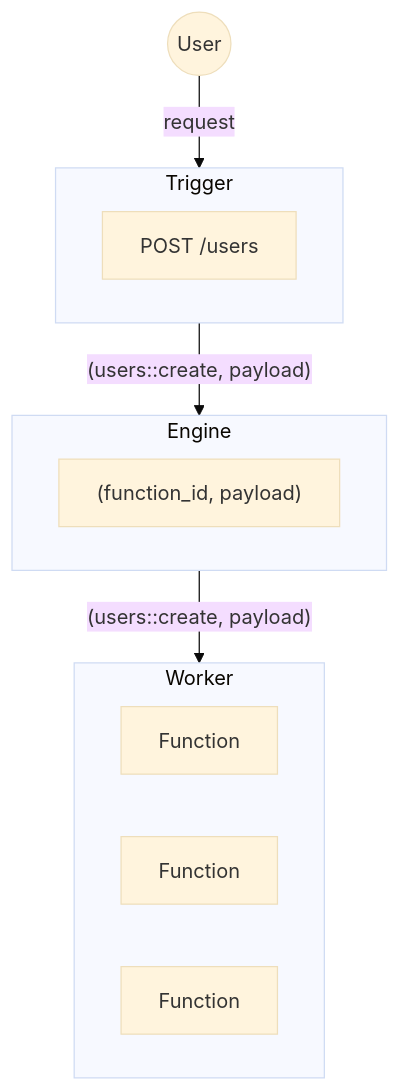
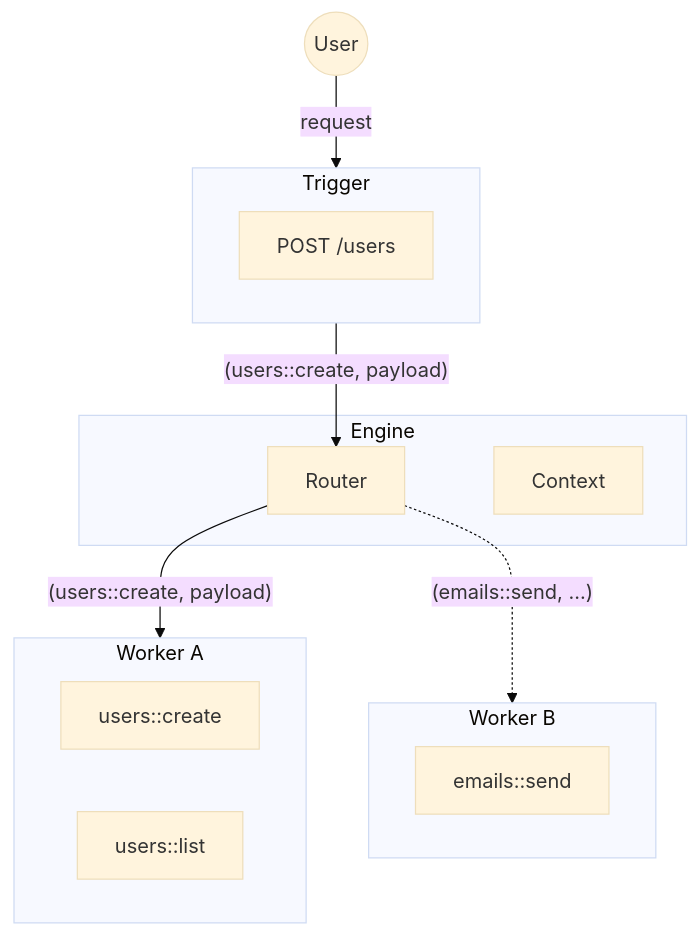
The diagram in content/primitives/engine.mdx (iii-hq/docs), drawn with Mermaid (base theme) before and after one commit. The commit also changed other lines of this file and 14 other files, not shown here.

````diff
--- a/content/primitives/engine.mdx
+++ b/content/primitives/engine.mdx
@@ -12,18 +10,22 @@
 ```mermaid
 graph TB
     User((User)) -->|request| Trigger
 
     subgraph Trigger[Trigger]
         Config["POST /users"]
     end
     subgraph Engine[Engine]
-        Fn["(function_id, payload)"]
+        Router["Router"]
+        Ctx["Context"]
     end
-    Trigger -->|"(users::create, payload)"| Engine
-    subgraph Worker[Worker]
-        Fn2[Function]
-        Fn3[Function]
-        Fn4[Function]
+    Trigger -->|"(users::create, payload)"| Router
+    subgraph WorkerA[Worker A]
+        Fn1["users::create"]
+        Fn2["users::list"]
     end
-Engine -->|"(users::create, payload)"| Worker
+    subgraph WorkerB[Worker B]
+        Fn3["emails::send"]
+    end
+    Router -->|"(users::create, payload)"| WorkerA
+    Router -.->|"(emails::send, ...)"| WorkerB
 ```
````
